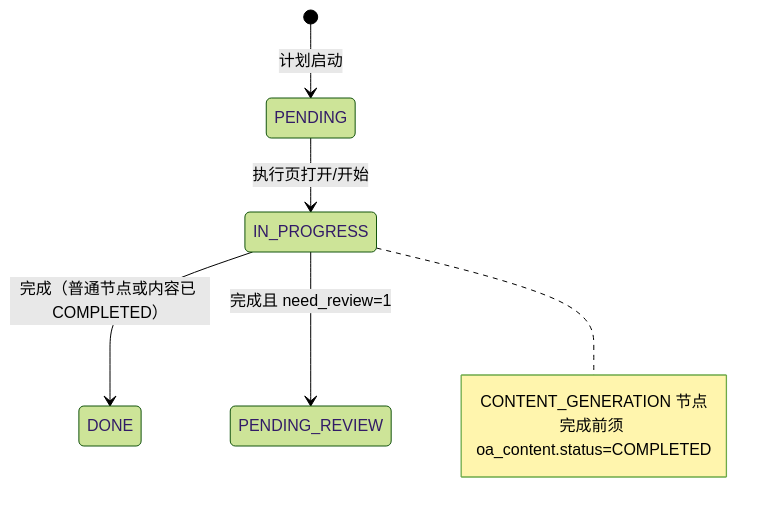
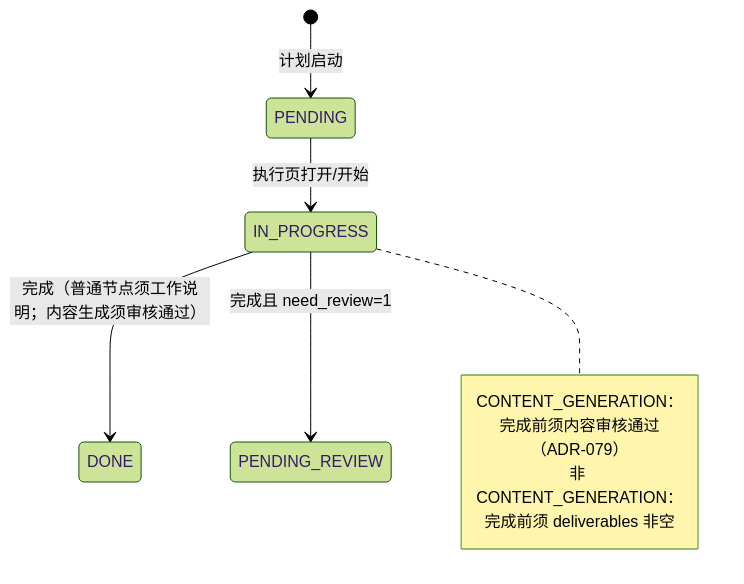
The second of 8 diagrams in docs/engineering/STATE-M2-内容生产.md (donnyskyWu/wd-ops), drawn with Mermaid (forest theme) before and after one commit. The commit also changed other lines of this file and 89 other files, not shown here.

````diff
--- a/docs/engineering/STATE-M2-内容生产.md
+++ b/docs/engineering/STATE-M2-内容生产.md
@@ -67,11 +67,11 @@
 ```mermaid
 stateDiagram-v2
     [*] --> PENDING: 计划启动
     PENDING --> IN_PROGRESS: 执行页打开/开始
-    IN_PROGRESS --> DONE: 完成（普通节点或内容已 COMPLETED）
+    IN_PROGRESS --> DONE: 完成（普通节点须工作说明；内容生成须审核通过）
     IN_PROGRESS --> PENDING_REVIEW: 完成且 need_review=1
     note right of IN_PROGRESS
-      CONTENT_GENERATION 节点
-      完成前须 oa_content.status=COMPLETED
+      CONTENT_GENERATION：完成前须内容审核通过（ADR-079）
+      非 CONTENT_GENERATION：完成前须 deliverables 非空
     end note
 ```
````
